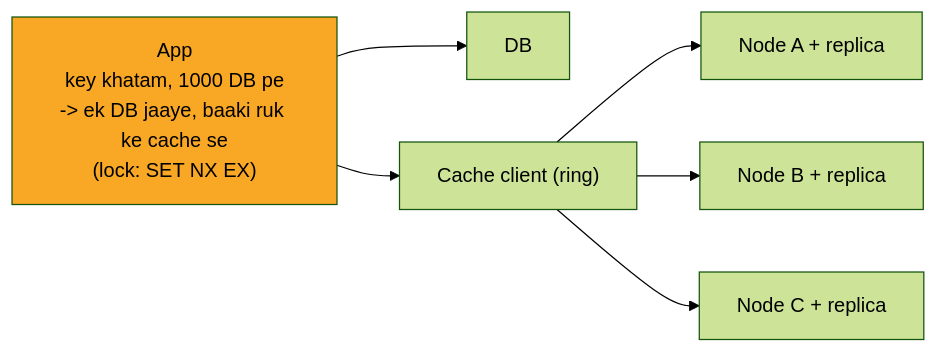
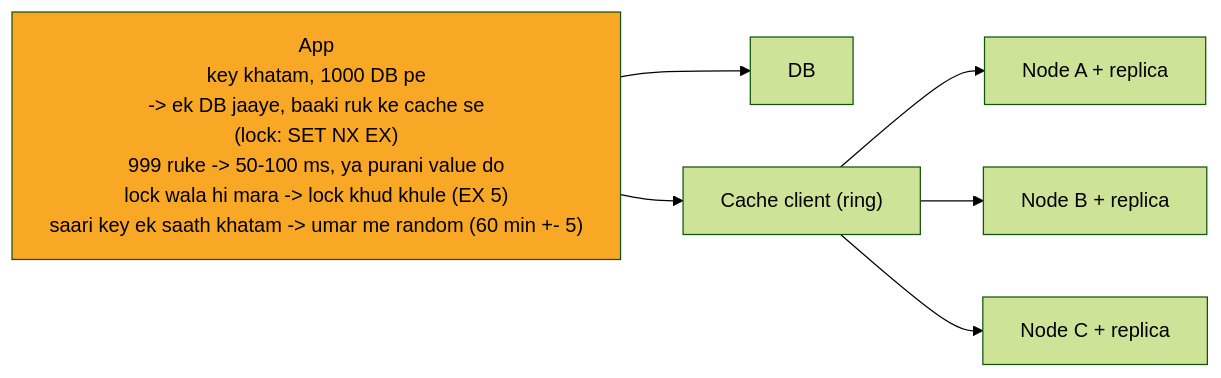
One commit to ArpanMaheshwari144/Prep changed the sixth of 8 diagrams in 04_HLD/SYSTEM_DESIGNS/10_distributed_cache/10_distributed_cache.md. Above: the diagram before and after it, drawn with Mermaid (forest theme). The commit also changed other lines of this file and 12 other files, not shown here.

Commit message:
hld 02-14: peele dabbe me SAFAR ke mod + diagram chauda (wrappingWidth 450)

````diff
--- a/04_HLD/SYSTEM_DESIGNS/10_distributed_cache/10_distributed_cache.md
+++ b/04_HLD/SYSTEM_DESIGNS/10_distributed_cache/10_distributed_cache.md
@@ -246,15 +251,16 @@
 ```mermaid
+%%{init: {"flowchart": {"wrappingWidth": 450}}}%%
 flowchart LR
-    n_App["App<br/>key khatam, 1000 DB pe<br/>-> ek DB jaaye, baaki ruk ke cache se<br/>(lock: SET NX EX)"]
+    n_App["App<br/>key khatam, 1000 DB pe<br/>-> ek DB jaaye, baaki ruk ke cache se<br/>(lock: SET NX EX)<br/>999 ruke -> 50-100 ms, ya purani value do<br/>lock wala hi mara -> lock khud khule (EX 5)<br/>saari key ek saath khatam -> umar me random (60 min +- 5)"]
     n_DB["DB"]
     n_Cache_client["Cache client (ring)"]
     n_Node_A_replica["Node A + replica"]
     n_Node_B_replica["Node B + replica"]
     n_Node_C_replica["Node C + replica"]
     n_App --> n_DB
     n_App --> n_Cache_client
     n_Cache_client --> n_Node_A_replica
     n_Cache_client --> n_Node_B_replica
     n_Cache_client --> n_Node_C_replica
     style n_App fill:#f9a825,color:#000
 ```
````
